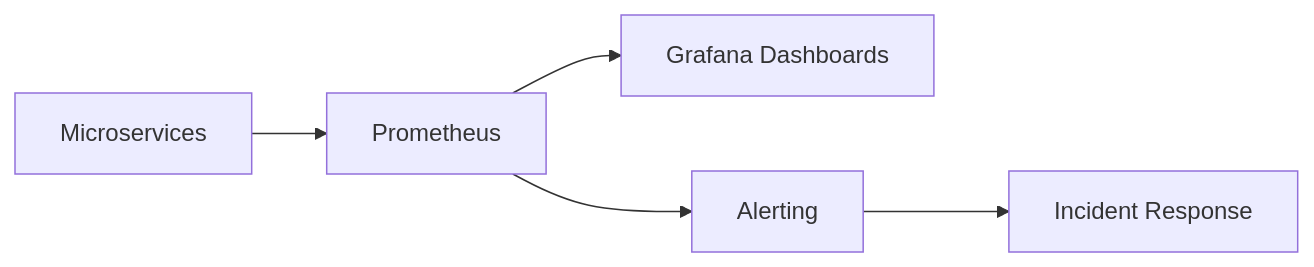
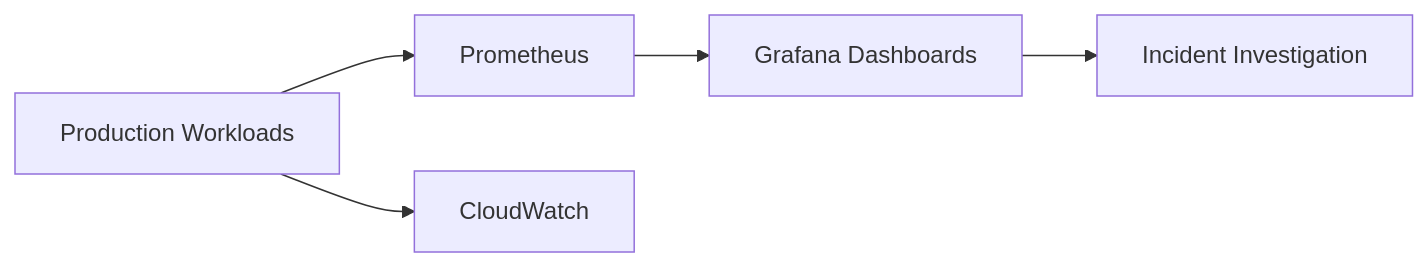
One commit to jacksmartv/jacksmartv.github.io changed the diagram in src/content/architecture/observability-and-incident-management.mdx. Above: the diagram before and after it, drawn with Mermaid. The commit also changed other lines of this file and 9 other files, not shown here.

````diff
--- a/src/content/architecture/observability-and-incident-management.mdx
+++ b/src/content/architecture/observability-and-incident-management.mdx
@@ -20,7 +20,7 @@
 ```mermaid
 flowchart LR
-    Services[Microservices] --> Prometheus[Prometheus]
+    Workloads[Production Workloads] --> Prometheus[Prometheus]
+    Workloads --> CloudWatch[CloudWatch]
     Prometheus --> Grafana[Grafana Dashboards]
-    Prometheus --> Alerts[Alerting]
-    Alerts --> OnCall[Incident Response]
+    Grafana --> OnCall[Incident Investigation]
 ```
````
